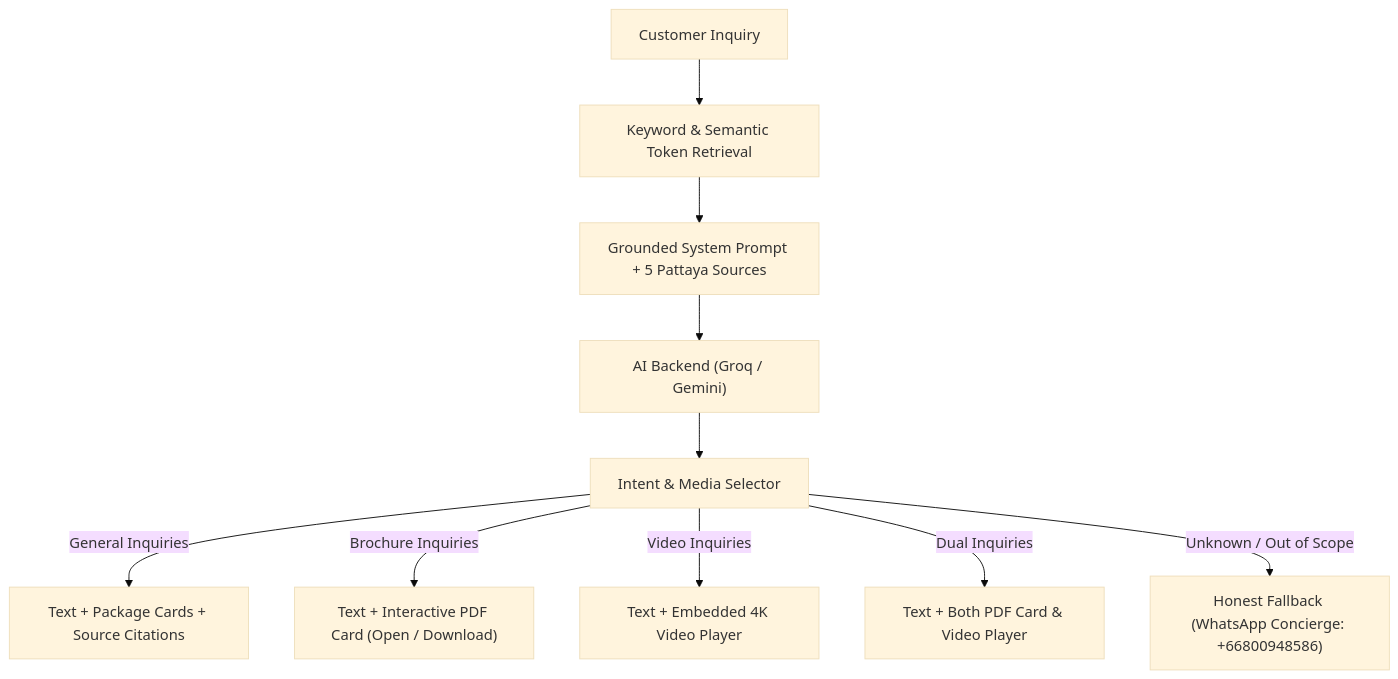
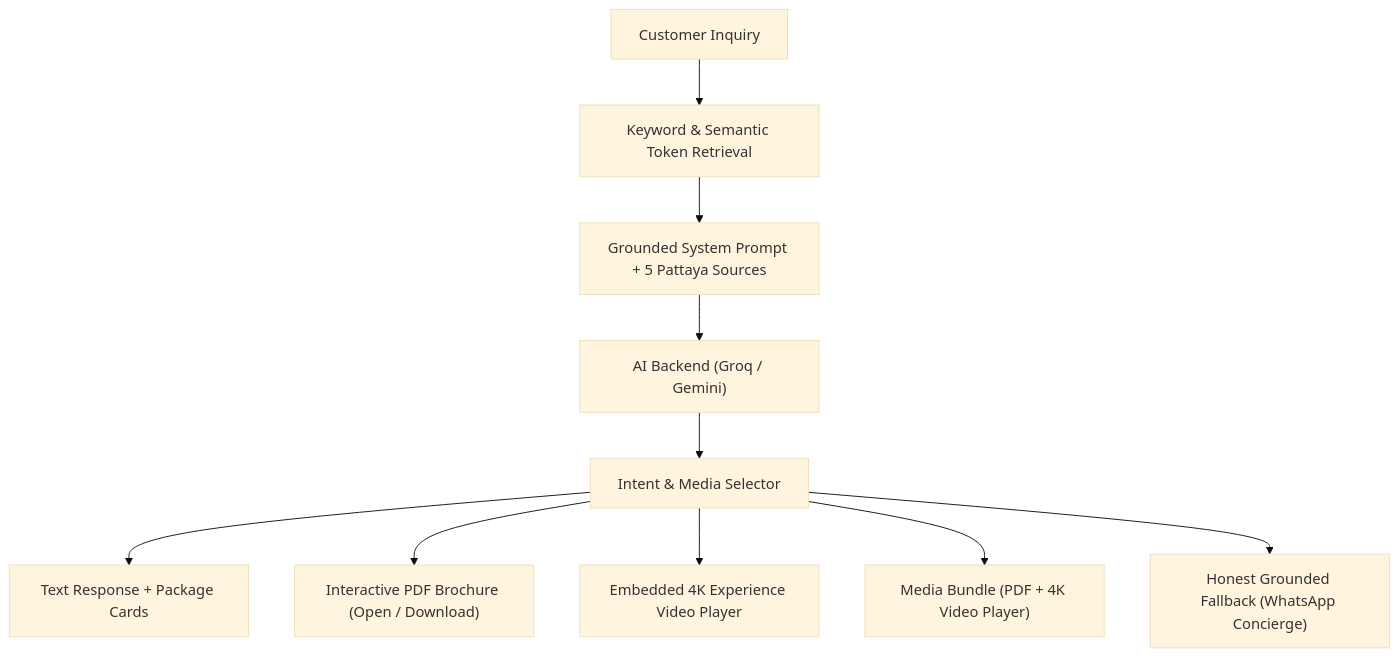
One commit to 238w5a1217-commits/Greedy-Adventures changed the diagram in README.md. Above: the diagram before and after it, drawn with Mermaid (base theme).

````diff
--- a/README.md
+++ b/README.md
@@ -119,13 +119,13 @@
 ```mermaid
 flowchart TD
-    User["Customer Inquiry"] --> RAG["Keyword & Semantic Token Retrieval"]
-    RAG --> Grounding["Grounded System Prompt + 5 Pattaya Sources"]
-    Grounding --> AI["AI Backend (Groq / Gemini)"]
-    AI --> Parser["Intent & Media Selector"]
-    
-    Parser -->|"General Inquiries"| Text["Text + Package Cards + Source Citations"]
-    Parser -->|"Brochure Inquiries"| PDF["Text + Interactive PDF Card (Open / Download)"]
-    Parser -->|"Video Inquiries"| Video["Text + Embedded 4K Video Player"]
-    Parser -->|"Dual Inquiries"| Bundle["Text + Both PDF Card & Video Player"]
-    Parser -->|"Unknown / Out of Scope"| Fallback["Honest Fallback (WhatsApp Concierge: +66800948586)"]
+    A["Customer Inquiry"] --> B["Keyword & Semantic Token Retrieval"]
+    B --> C["Grounded System Prompt + 5 Pattaya Sources"]
+    C --> D["AI Backend (Groq / Gemini)"]
+    D --> E["Intent & Media Selector"]
+
+    E --> F["Text Response + Package Cards"]
+    E --> G["Interactive PDF Brochure (Open / Download)"]
+    E --> H["Embedded 4K Experience Video Player"]
+    E --> I["Media Bundle (PDF + 4K Video Player)"]
+    E --> J["Honest Grounded Fallback (WhatsApp Concierge)"]
 ```
````
